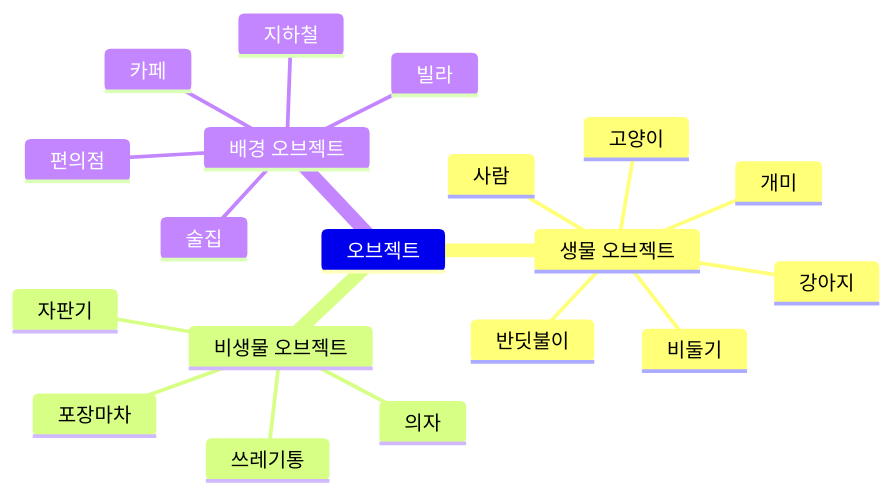
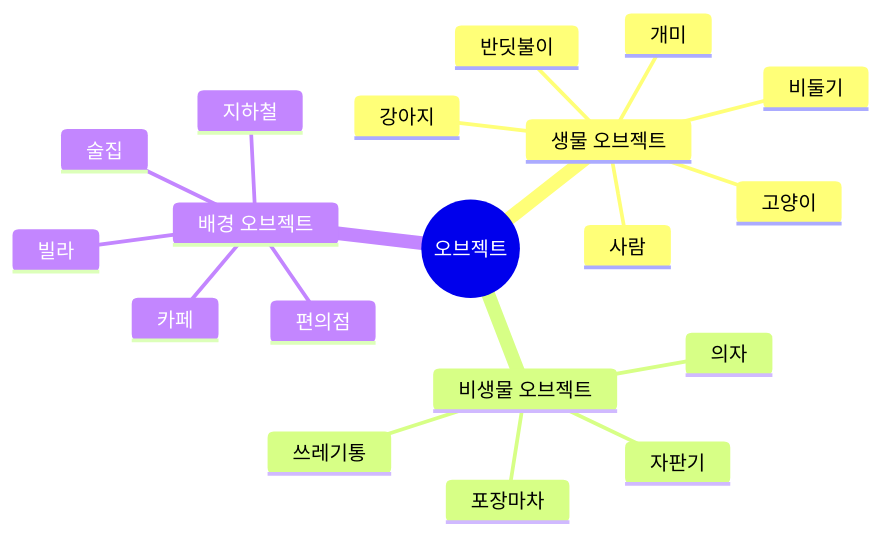
The first of 3 diagrams in _posts/프로그래밍/마일스톤/2024-03-22-armonia-planning.md (hyngng/hynrng.github.io), drawn with Mermaid before and after one commit. The commit also changed 6 other files, not shown here.

````diff
--- a/_posts/프로그래밍/마일스톤/2024-03-22-armonia-planning.md
+++ b/_posts/프로그래밍/마일스톤/2024-03-22-armonia-planning.md
@@ -55,22 +55,22 @@
 ```mermaid
 mindmap
-오브젝트
-    생물 오브젝트
-        사람
-        강아지
-        고양이
-        비둘기
-        개미
-        반딧불이
-    비생물 오브젝트
-        자판기
-        의자
-        쓰레기통
-        포장마차
-    배경 오브젝트
-        빌라
-        편의점
-        카페
-        술집
-        지하철
+    root((오브젝트))
+        생물 오브젝트
+            사람
+            강아지
+            고양이
+            비둘기
+            개미
+            반딧불이
+        비생물 오브젝트
+            자판기
+            의자
+            쓰레기통
+            포장마차
+        배경 오브젝트
+            빌라
+            편의점
+            카페
+            술집
+            지하철
 ```
````
